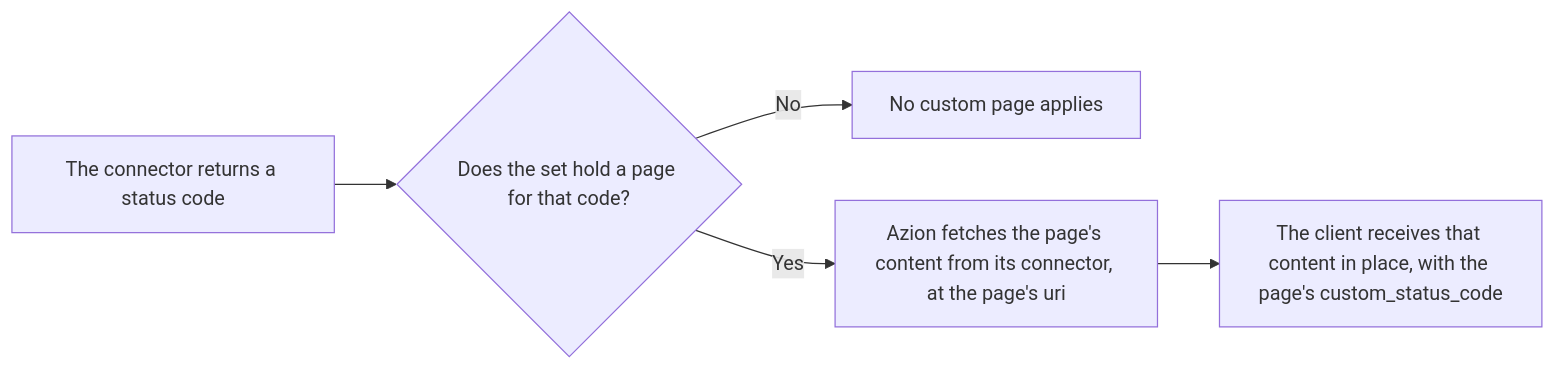
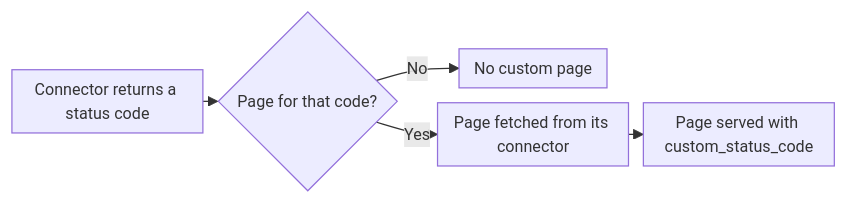
The third of 4 diagrams in src/content/docs/en/pages/secure/workloads/how-it-works.mdx (aziontech/docs), drawn with Mermaid before and after one commit. The commit also changed other lines of this file and 5 other files, not shown here.

First line of the commit message:
docs(workloads): fit the section's diagrams to the frame without horizontal scroll

````diff
--- a/src/content/docs/en/pages/secure/workloads/how-it-works.mdx
+++ b/src/content/docs/en/pages/secure/workloads/how-it-works.mdx
@@ -165,7 +167,8 @@
 ```mermaid
+%%{init: {"layout": "dagre", "themeVariables": {"fontSize": "13px"}, "flowchart": {"nodeSpacing": 12, "rankSpacing": 12, "padding": 6, "wrappingWidth": 130, "minNodeWidth": 40, "useMaxWidth": true}}}%%
 flowchart LR
-  Status["The connector returns a status code"] --> Match{"Does the set hold a page for that code?"}
-  Match -->|"No"| Orig["No custom page applies"]
-  Match -->|"Yes"| Fetch["Azion fetches the page's content from its connector, at the page's uri"]
-  Fetch --> Resp["The client receives that content in place, with the page's custom_status_code"]
+  Status["Connector returns a status code"] --> Match{"Page for that code?"}
+  Match -->|"No"| Orig["No custom page"]
+  Match -->|"Yes"| Fetch["Page fetched from its connector"]
+  Fetch --> Resp["Page served with custom_status_code"]
 ```
````
